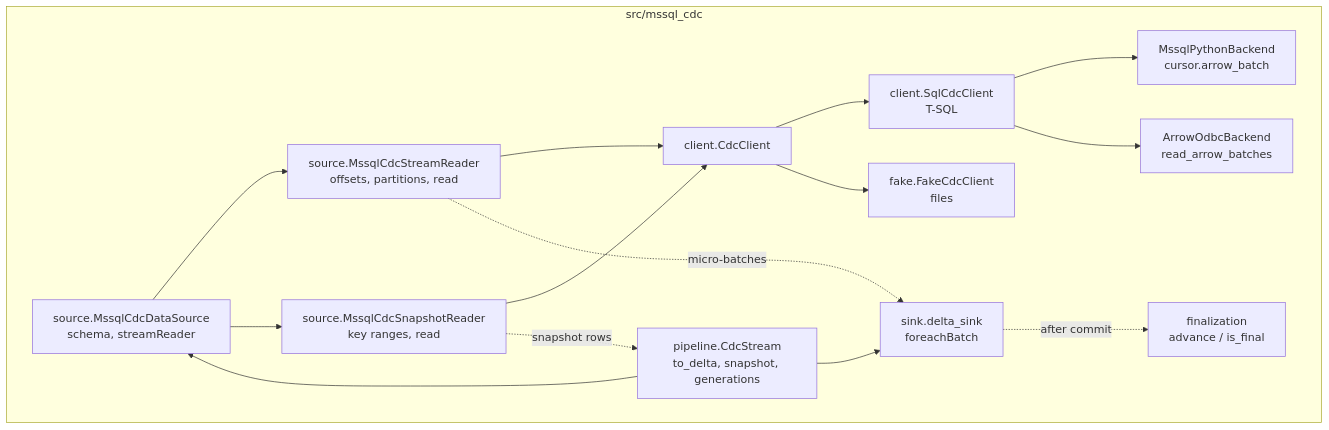
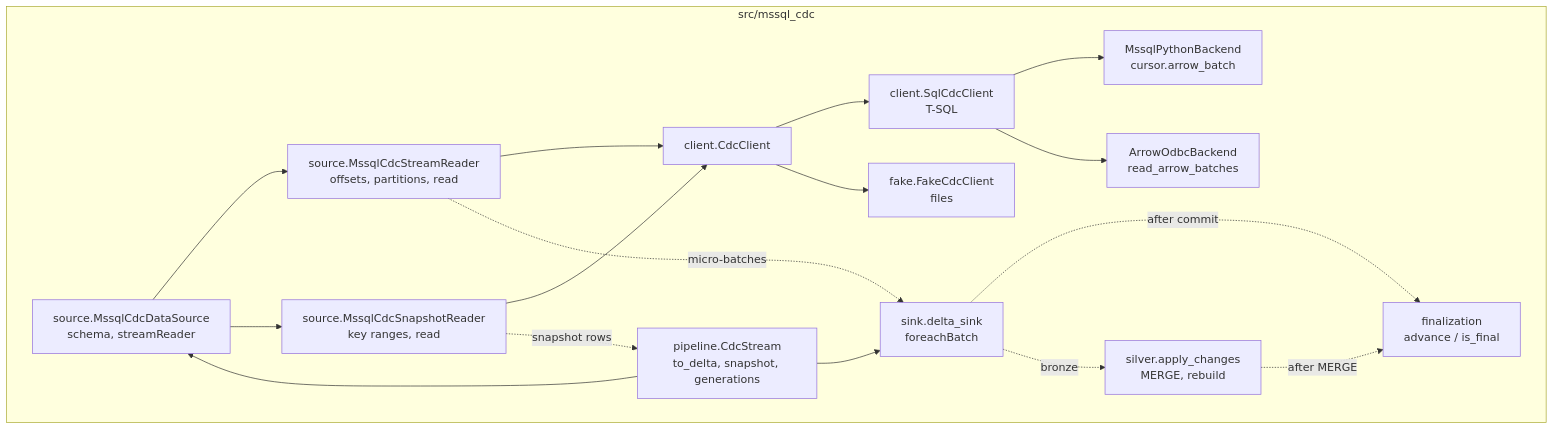
Before and after one commit to emanuel-luis/mssql-cdc-pyspark: the first of 2 diagrams in docs/ARCHITECTURE.md, drawn with Mermaid. The commit also changed other lines of this file and 15 other files, not shown here.

First line of the commit message:
feat: apply the bronze change log to a current-state table

````diff
--- a/docs/ARCHITECTURE.md
+++ b/docs/ARCHITECTURE.md
@@ -5,25 +5,28 @@
 ```mermaid
 flowchart TB
   subgraph src/mssql_cdc
     DS[source.MssqlCdcDataSource<br/>schema, streamReader]
     RD[source.MssqlCdcStreamReader<br/>offsets, partitions, read]
     SN[source.MssqlCdcSnapshotReader<br/>key ranges, read]
     CL[client.CdcClient]
     SQL[client.SqlCdcClient<br/>T-SQL]
     BE1[MssqlPythonBackend<br/>cursor.arrow_batch]
     BE2[ArrowOdbcBackend<br/>read_arrow_batches]
     FK[fake.FakeCdcClient<br/>files]
     SK[sink.delta_sink<br/>foreachBatch]
     FN[finalization<br/>advance / is_final]
     PL[pipeline.CdcStream<br/>to_delta, snapshot, generations]
+    SV[silver.apply_changes<br/>MERGE, rebuild]
   end
   PL --> DS
   PL --> SK
   DS --> RD --> CL
   DS --> SN --> CL
   CL --> SQL --> BE1 & BE2
   CL --> FK
   RD -. micro-batches .-> SK
   SN -. snapshot rows .-> PL
   SK -. after commit .-> FN
+  SK -. bronze .-> SV
+  SV -. after MERGE .-> FN
 ```
````
